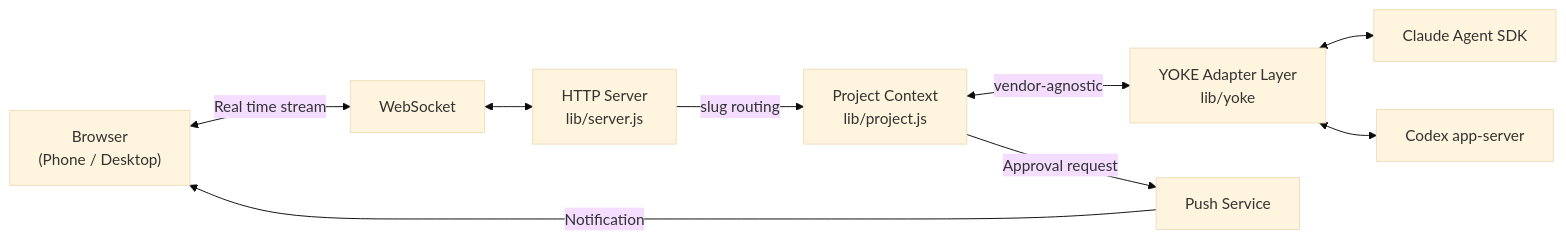
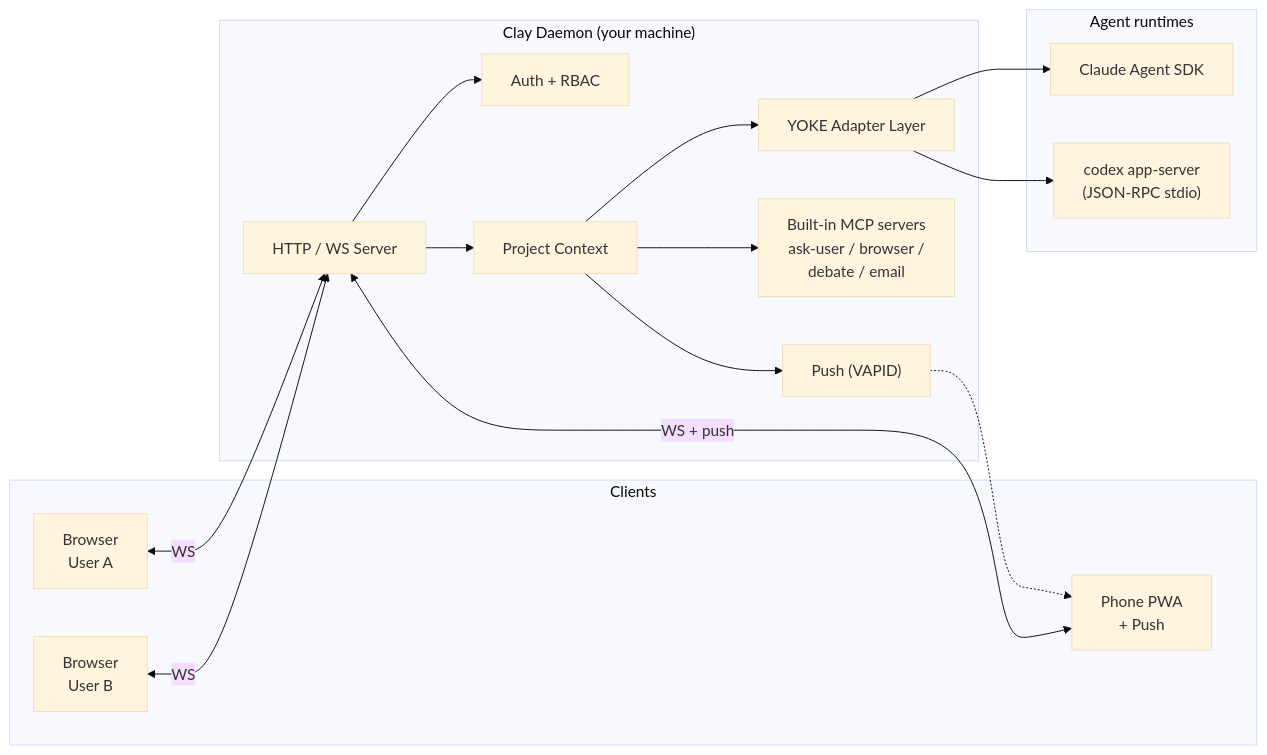
One commit to akuehner/clay changed the diagram in README.md. Above: the diagram before and after it, drawn with Mermaid (base theme). The commit also changed other lines of this file and 1 other file, not shown here.

Commit message:
docs(architecture): rewrite around YOKE, multi-user, and Codex
Bring docs/guides/architecture.md and the README architecture
section in line with the current codebase: YOKE adapter layer
driving Claude Agent SDK and codex app-server, multi-user with
optional OS-level Linux isolation via setfacl, built-in MCP
servers (ask-user, browser, debate, email), VAPID push, and the
worktree slug pattern. Replace the README mermaid with a system
overview that matches the docs page, and fix the broken docs link
(was docs/architecture.md, actual path is docs/guides/architecture.md).

````diff
--- a/README.md
+++ b/README.md
@@ -178,20 +178,34 @@
 ```mermaid
 graph LR
-    Browser["Browser<br/>(Phone / Desktop)"]
-    WS["WebSocket"]
-    Server["HTTP Server<br/>lib/server.js"]
-    Project["Project Context<br/>lib/project.js"]
-    Yoke["YOKE Adapter Layer<br/>lib/yoke"]
-    Claude["Claude Agent SDK"]
-    Codex["Codex app-server"]
-    Push["Push Service"]
+    subgraph Clients
+      B1["Browser<br/>User A"]
+      B2["Browser<br/>User B"]
+      Phone["Phone PWA<br/>+ Push"]
+    end
 
-    Browser <-->|Real time stream| WS
-    WS <--> Server
-    Server -->|slug routing| Project
-    Project <-->|vendor-agnostic| Yoke
-    Yoke <--> Claude
-    Yoke <--> Codex
-    Project -->|Approval request| Push
-    Push -->|Notification| Browser
+    subgraph Daemon["Clay Daemon (your machine)"]
+      Auth["Auth + RBAC"]
+      Server["HTTP / WS Server"]
+      Project["Project Context"]
+      YOKE["YOKE Adapter Layer"]
+      MCP["Built-in MCP servers<br/>ask-user / browser /<br/>debate / email"]
+      Push["Push (VAPID)"]
+    end
+
+    subgraph Vendors["Agent runtimes"]
+      Claude["Claude Agent SDK"]
+      Codex["codex app-server<br/>(JSON-RPC stdio)"]
+    end
+
+    B1 <-->|WS| Server
+    B2 <-->|WS| Server
+    Phone <-->|WS + push| Server
+    Server --> Auth
+    Server --> Project
+    Project --> YOKE
+    Project --> MCP
+    Project --> Push
+    YOKE --> Claude
+    YOKE --> Codex
+    Push -.-> Phone
 ```
````
